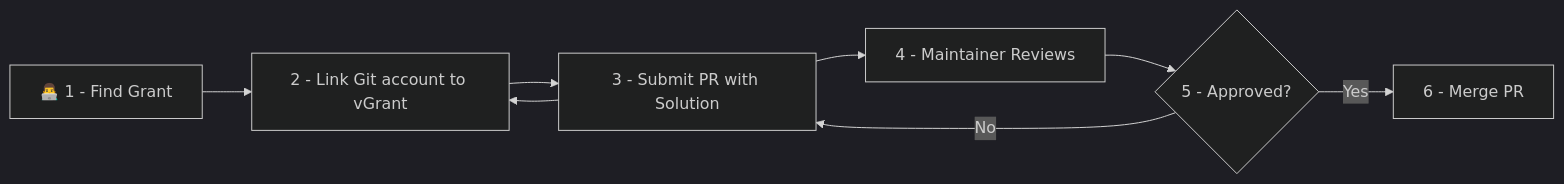
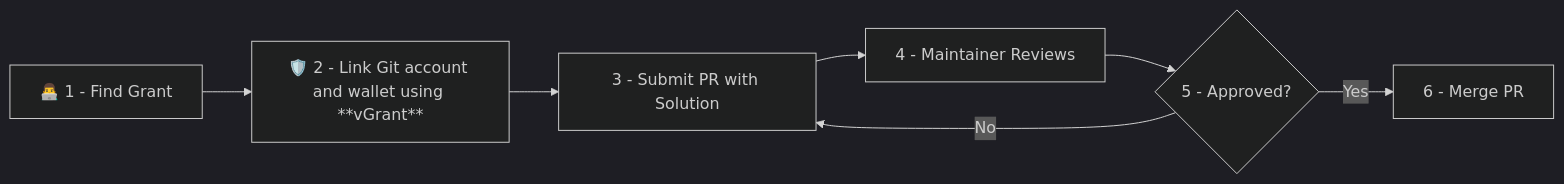
One commit to b3ww/ethglobal changed the third of 4 diagrams in README.md. Above: the diagram before and after it, drawn with Mermaid (dark theme). The commit also changed other lines of this file and 1 other file, not shown here.

````diff
--- a/README.md
+++ b/README.md
@@ -85,9 +85,9 @@
 ```mermaid
 flowchart LR
-    A[👨‍💻 1 - Find Grant] --> R
-    B[3 - Submit PR with Solution] -->R[2 - Link Git account to vGrant] --> B
+    A[👨‍💻 1 - Find Grant] --> R[🛡️ 2 - Link Git account and wallet using **vGrant**]
+    R --> B[3 - Submit PR with Solution]
     B --> C[4 - Maintainer Reviews]
     C --> D{5 - Approved?}
     D -->|Yes| E[6 - Merge PR]
     D -->|No| B
 ```
````
